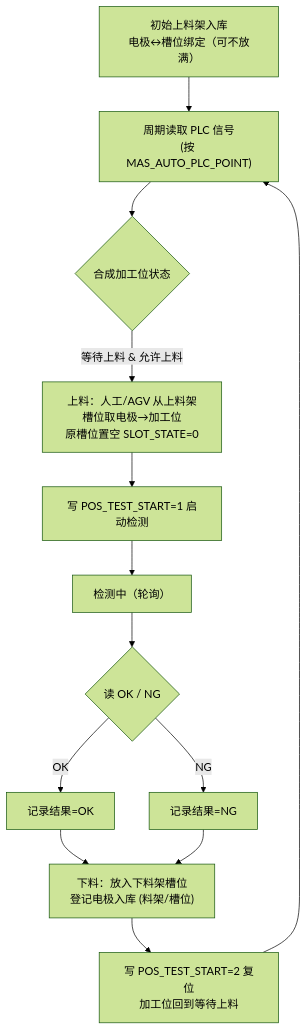
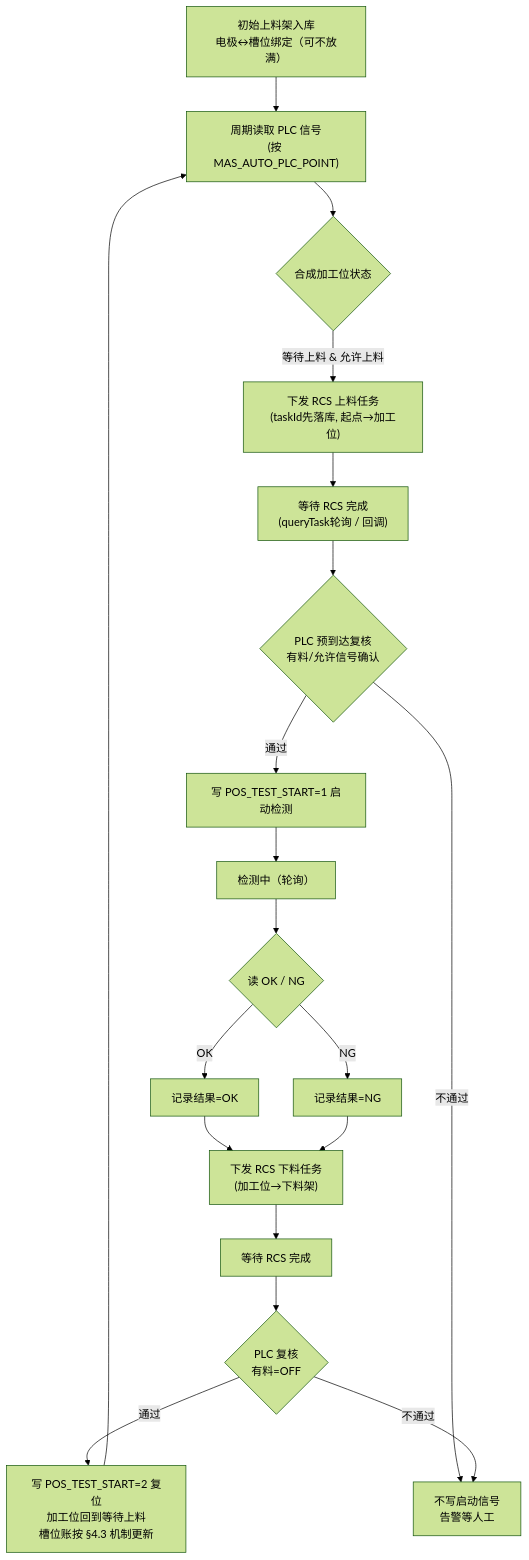
One commit to rui-xiaomi/CNC changed the third of 3 diagrams in docs/客户端开发文档.md. Above: the diagram before and after it, drawn with Mermaid (forest theme). The commit also changed other lines of this file and 3 other files, not shown here.

````diff
--- a/docs/客户端开发文档.md
+++ b/docs/客户端开发文档.md
@@ -414,15 +459,21 @@
 ```mermaid
 flowchart TD
     Init["初始上料架入库<br/>电极↔槽位绑定（可不放满）"] --> Poll
     Poll["周期读取 PLC 信号<br/>(按 MAS_AUTO_PLC_POINT)"] --> S{"合成加工位状态"}
-    S -->|等待上料 & 允许上料| Load["上料：人工/AGV 从上料架槽位取电极→加工位<br/>原槽位置空 SLOT_STATE=0"]
-    Load --> Start["写 POS_TEST_START=1 启动检测"]
+    S -->|等待上料 & 允许上料| Dispatch["下发 RCS 上料任务<br/>(taskId先落库, 起点→加工位)"]
+    Dispatch --> WaitRcs["等待 RCS 完成<br/>(queryTask轮询 / 回调)"]
+    WaitRcs --> Verify{"PLC 预到达复核<br/>有料/允许信号确认"}
+    Verify -->|通过| Start["写 POS_TEST_START=1 启动检测"]
+    Verify -->|不通过| Hold["不写启动信号<br/>告警等人工"]
     Start --> Proc["检测中（轮询）"]
     Proc --> R{"读 OK / NG"}
     R -->|OK| RecOK["记录结果=OK"]
     R -->|NG| RecNG["记录结果=NG"]
-    RecOK --> Unload["下料：放入下料架槽位<br/>登记电极入库 (料架/槽位)"]
-    RecNG --> Unload
-    Unload --> Reset["写 POS_TEST_START=2 复位<br/>加工位回到等待上料"]
+    RecOK --> UnloadD["下发 RCS 下料任务<br/>(加工位→下料架)"]
+    RecNG --> UnloadD
+    UnloadD --> WaitRcs2["等待 RCS 完成"]
+    WaitRcs2 --> Verify2{"PLC 复核<br/>有料=OFF"}
+    Verify2 -->|通过| Reset["写 POS_TEST_START=2 复位<br/>加工位回到等待上料<br/>槽位账按 §4.3 机制更新"]
+    Verify2 -->|不通过| Hold
     Reset --> Poll
 ```
````
